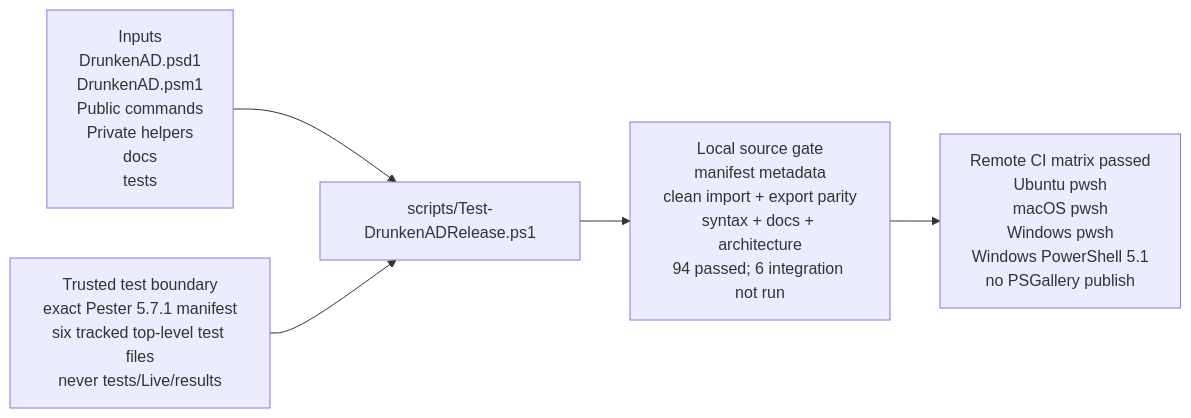
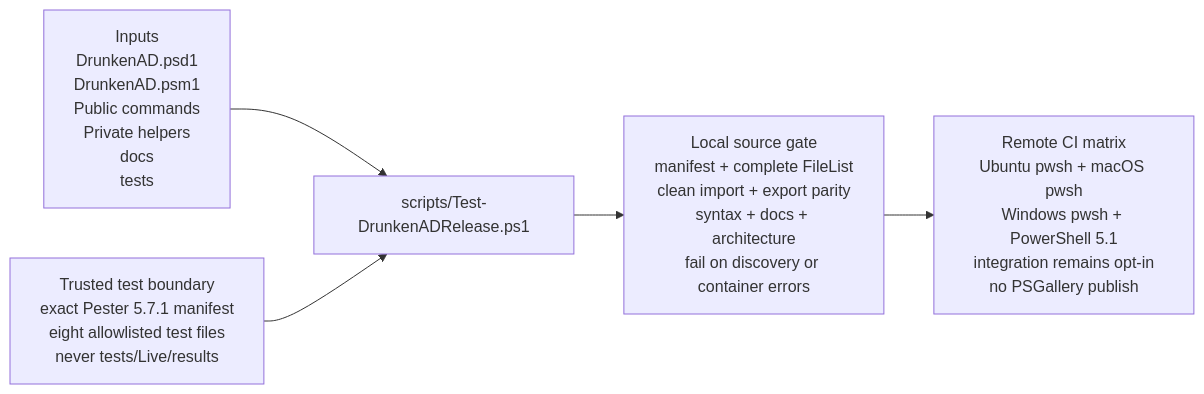
One commit to jonathanweinberg/DrunkenAD changed the diagram in docs/diagrams/release-readiness-flow.mmd. Above: the diagram before and after it, drawn with Mermaid. The commit also changed 17 other files, not shown here.

First line of the commit message:
docs: adjudicate October review and refresh write-flow visuals

```diff
--- a/docs/diagrams/release-readiness-flow.mmd
+++ b/docs/diagrams/release-readiness-flow.mmd
@@ -1,11 +1,11 @@
 flowchart LR
     INPUTS["Inputs<br/>DrunkenAD.psd1<br/>DrunkenAD.psm1<br/>Public commands<br/>Private helpers<br/>docs<br/>tests"]
-    TRUST["Trusted test boundary<br/>exact Pester 5.7.1 manifest<br/>six tracked top-level test files<br/>never tests/Live/results"]
+    TRUST["Trusted test boundary<br/>exact Pester 5.7.1 manifest<br/>eight allowlisted test files<br/>never tests/Live/results"]
     SCRIPT["scripts/Test-DrunkenADRelease.ps1"]
-    CHECKS["Local source gate<br/>manifest metadata<br/>clean import + export parity<br/>syntax + docs + architecture<br/>94 passed; 6 integration not run"]
-    CI["Remote CI matrix passed<br/>Ubuntu pwsh<br/>macOS pwsh<br/>Windows pwsh<br/>Windows PowerShell 5.1<br/>no PSGallery publish"]
+    CHECKS["Local source gate<br/>manifest + complete FileList<br/>clean import + export parity<br/>syntax + docs + architecture<br/>fail on discovery or container errors"]
+    CI["Remote CI matrix<br/>Ubuntu pwsh + macOS pwsh<br/>Windows pwsh + PowerShell 5.1<br/>integration remains opt-in<br/>no PSGallery publish"]
 
     INPUTS --> SCRIPT
     TRUST --> SCRIPT
     SCRIPT --> CHECKS
     CHECKS --> CI
```
